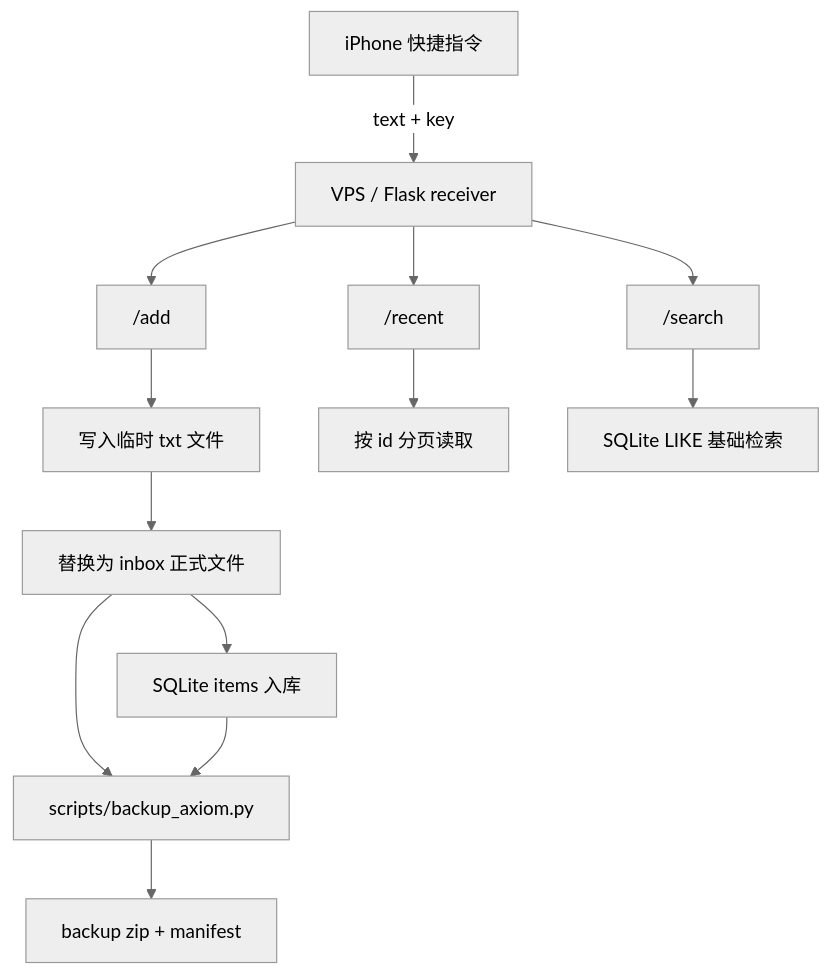
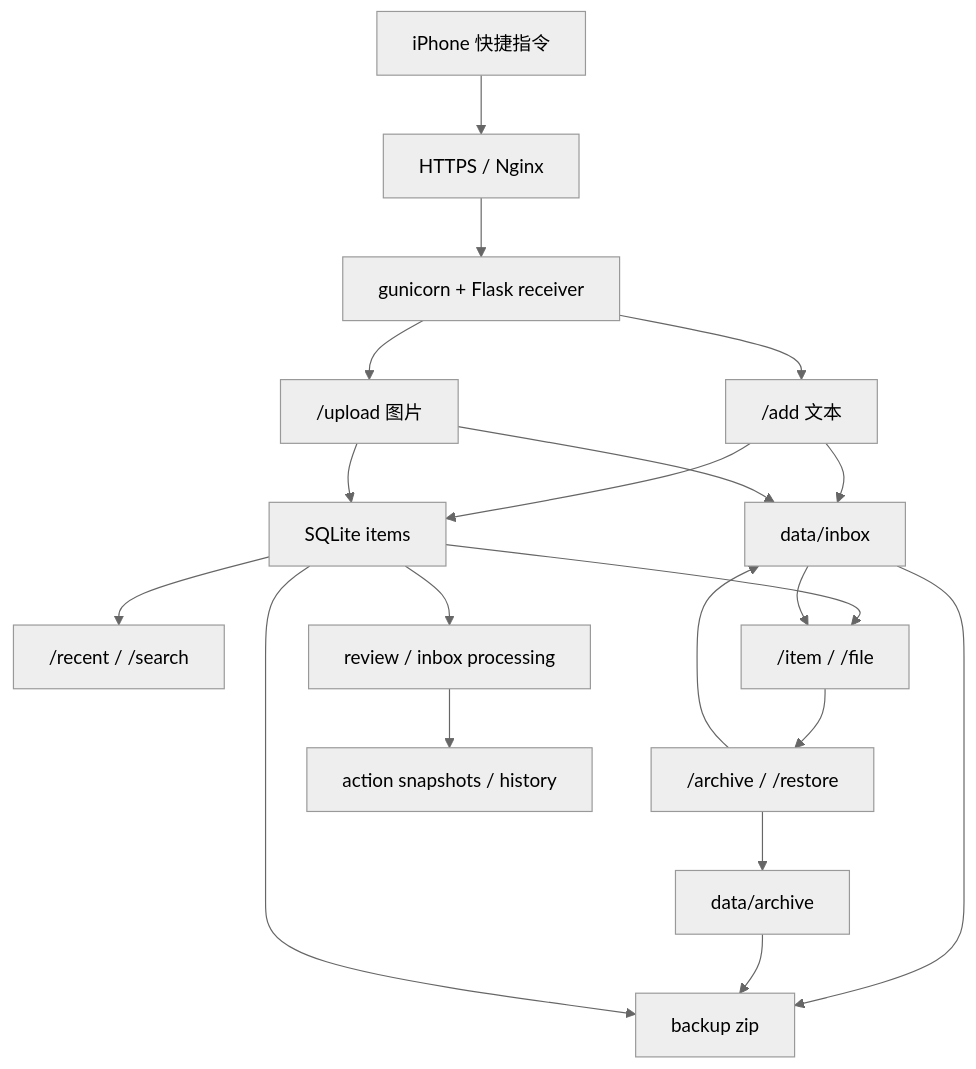
One commit to PengWeiTaing/Axiom changed the diagram in README.md. Above: the diagram before and after it, drawn with Mermaid (neutral theme). The commit also changed other lines of this file and 6 other files, not shown here.

Commit message:
Update architecture governance docs

````diff
--- a/README.md
+++ b/README.md
@@ -27,18 +58,27 @@
 ```mermaid
 flowchart TD
-    A["iPhone 快捷指令"] -->|"text + key"| B["VPS / Flask receiver"]
-    B --> C["/add"]
-    C --> D["写入临时 txt 文件"]
-    D --> E["替换为 inbox 正式文件"]
-    E --> F["SQLite items 入库"]
+    A["iPhone 快捷指令"] --> B["HTTPS / Nginx"]
+    B --> C["gunicorn + Flask receiver"]
 
-    B --> G["/recent"]
-    G --> H["按 id 分页读取"]
+    C --> D["/add 文本"]
+    C --> E["/upload 图片"]
+    D --> F["data/inbox"]
+    E --> F
+    D --> G["SQLite items"]
+    E --> G
 
-    B --> I["/search"]
-    I --> J["SQLite LIKE 基础检索"]
+    G --> H["/recent / /search"]
+    G --> I["/item / /file"]
+    F --> I
 
-    E --> K["scripts/backup_axiom.py"]
-    F --> K
-    K --> L["backup zip + manifest"]
+    I --> J["/archive / /restore"]
+    J --> F
+    J --> K["data/archive"]
+
+    F --> L["backup zip"]
+    K --> L
+    G --> L
+
+    G --> M["review / inbox processing"]
+    M --> N["action snapshots / history"]
 ```
````
